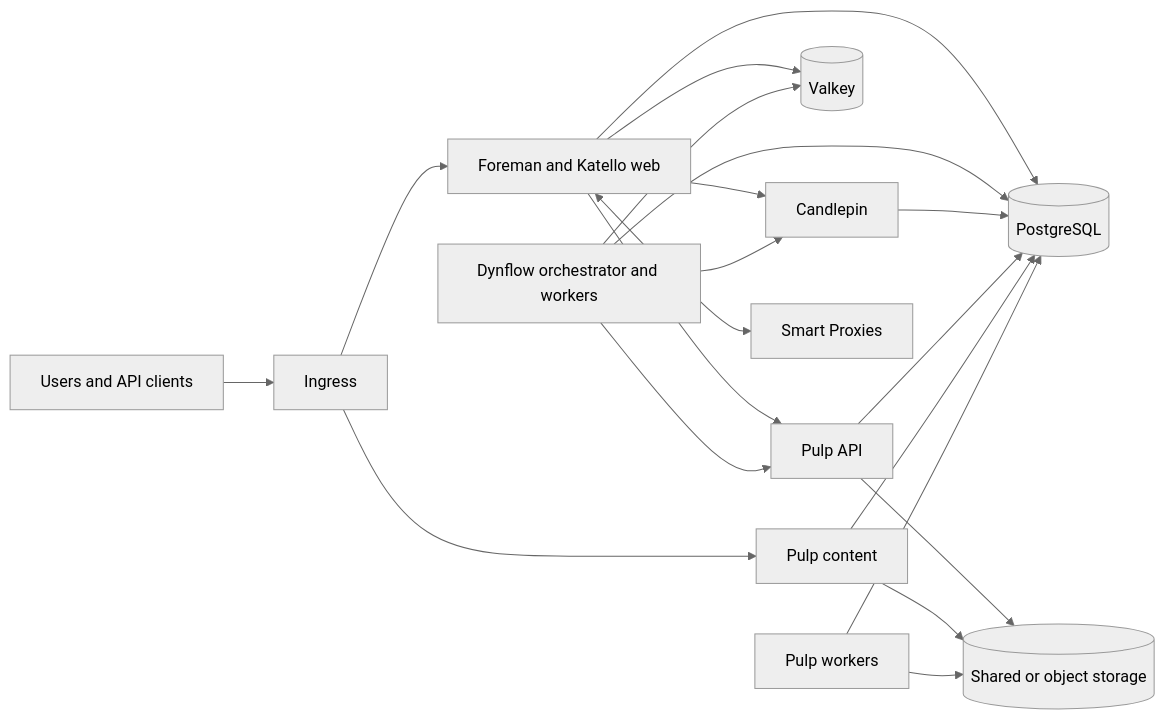
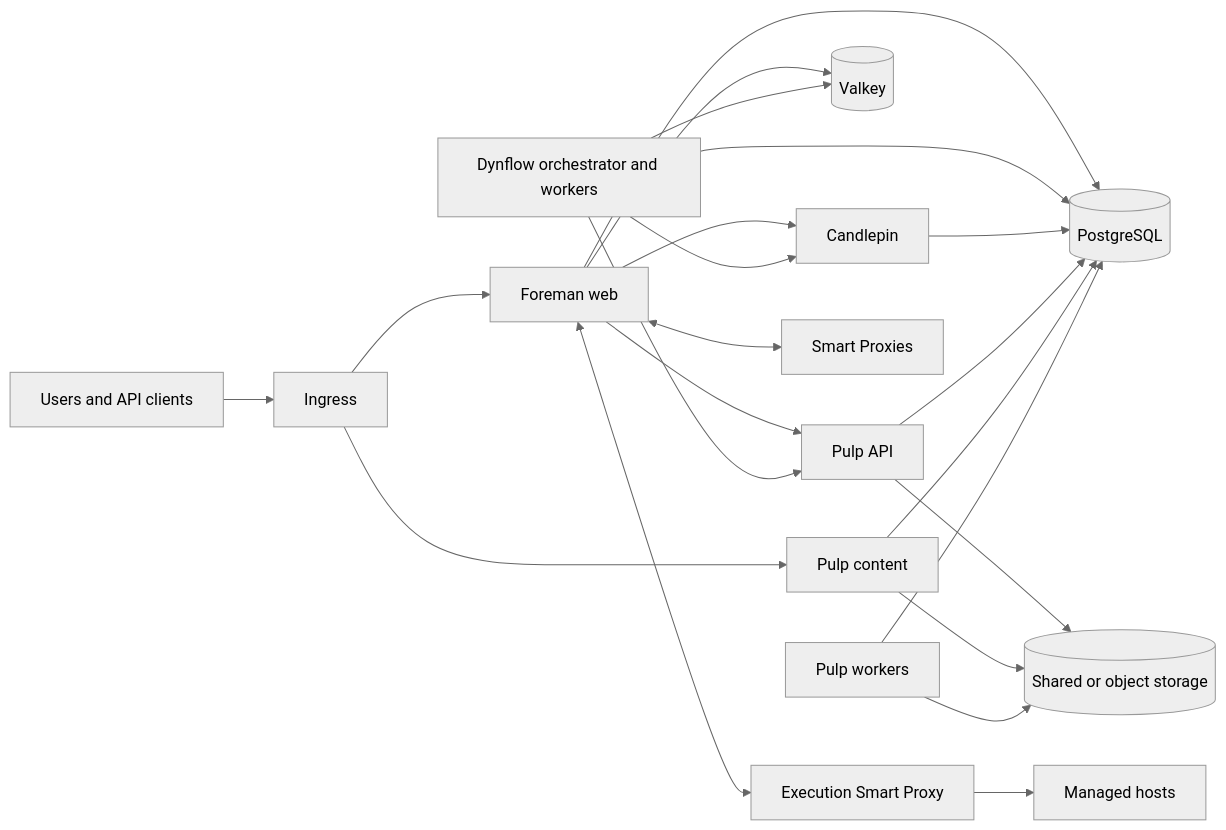
One commit to jakduch/foreman-kubernetes changed the diagram in docs/architecture.md. Above: the diagram before and after it, drawn with Mermaid (neutral theme). The commit also changed other lines of this file, not shown here.

Commit message:
Clarify architecture terminology and address review feedback

````diff
--- a/docs/architecture.md
+++ b/docs/architecture.md
@@ -29,25 +28,27 @@
 ```mermaid
 flowchart LR
   Client[Users and API clients] --> Ingress[Ingress]
-  Ingress --> Foreman[Foreman and Katello web]
+  Ingress --> Foreman[Foreman web]
   Ingress --> PulpContent[Pulp content]
 
   Foreman --> Database[(PostgreSQL)]
   Foreman --> Valkey[(Valkey)]
   Foreman --> Candlepin[Candlepin]
   Foreman --> PulpAPI[Pulp API]
   Foreman <--> Proxy[Smart Proxies]
+  Foreman <--> ExecProxy[Execution Smart Proxy]
+  ExecProxy --> ManagedHosts[Managed hosts]
 
   Dynflow[Dynflow orchestrator and workers] --> Database
   Dynflow --> Valkey
   Dynflow --> Candlepin
   Dynflow --> PulpAPI
 
   Candlepin --> Database
   PulpAPI --> Database
   PulpContent --> Database
   PulpWorker[Pulp workers] --> Database
   PulpAPI --> PulpStore[(Shared or object storage)]
   PulpContent --> PulpStore
   PulpWorker --> PulpStore
 ```
````
